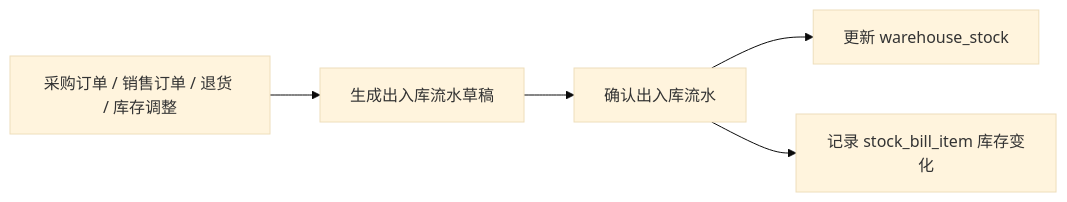
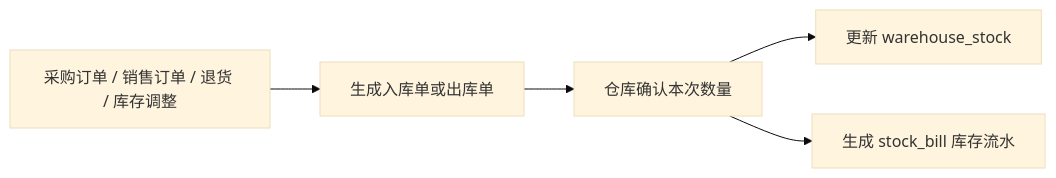
The second of 11 diagrams in docs/database/mvp-database-design-overview.md (LI-S-H/qiheng-erp), drawn with Mermaid (base theme) before and after one commit. The commit also changed other lines of this file and 74 other files, not shown here.

````diff
--- a/docs/database/mvp-database-design-overview.md
+++ b/docs/database/mvp-database-design-overview.md
@@ -119,7 +123,7 @@
 ```mermaid
 flowchart LR
-    A["采购订单 / 销售订单 / 退货 / 库存调整"] --> B["生成出入库流水草稿"]
-    B --> C["确认出入库流水"]
+    A["采购订单 / 销售订单 / 退货 / 库存调整"] --> B["生成入库单或出库单"]
+    B --> C["仓库确认本次数量"]
     C --> D["更新 warehouse_stock"]
-    C --> E["记录 stock_bill_item 库存变化"]
+    C --> E["生成 stock_bill 库存流水"]
 ```
````
